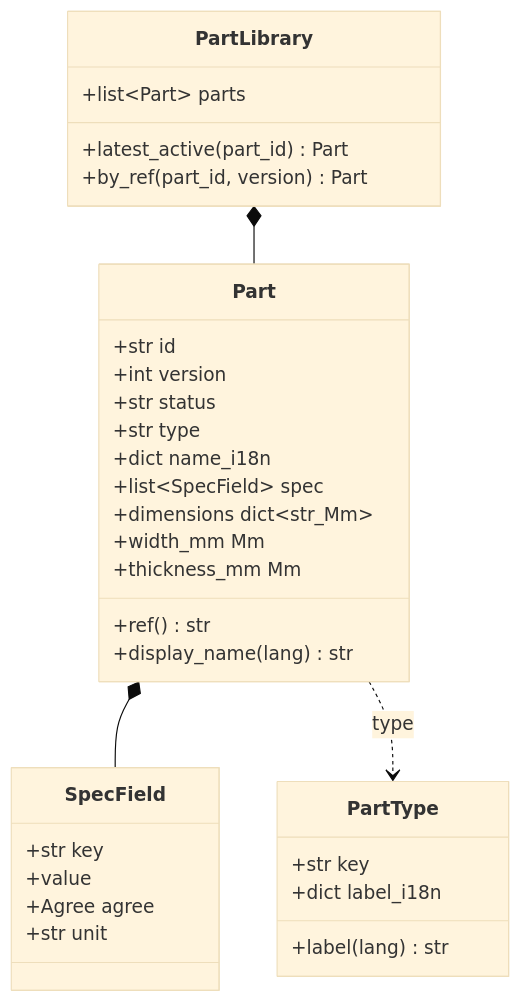
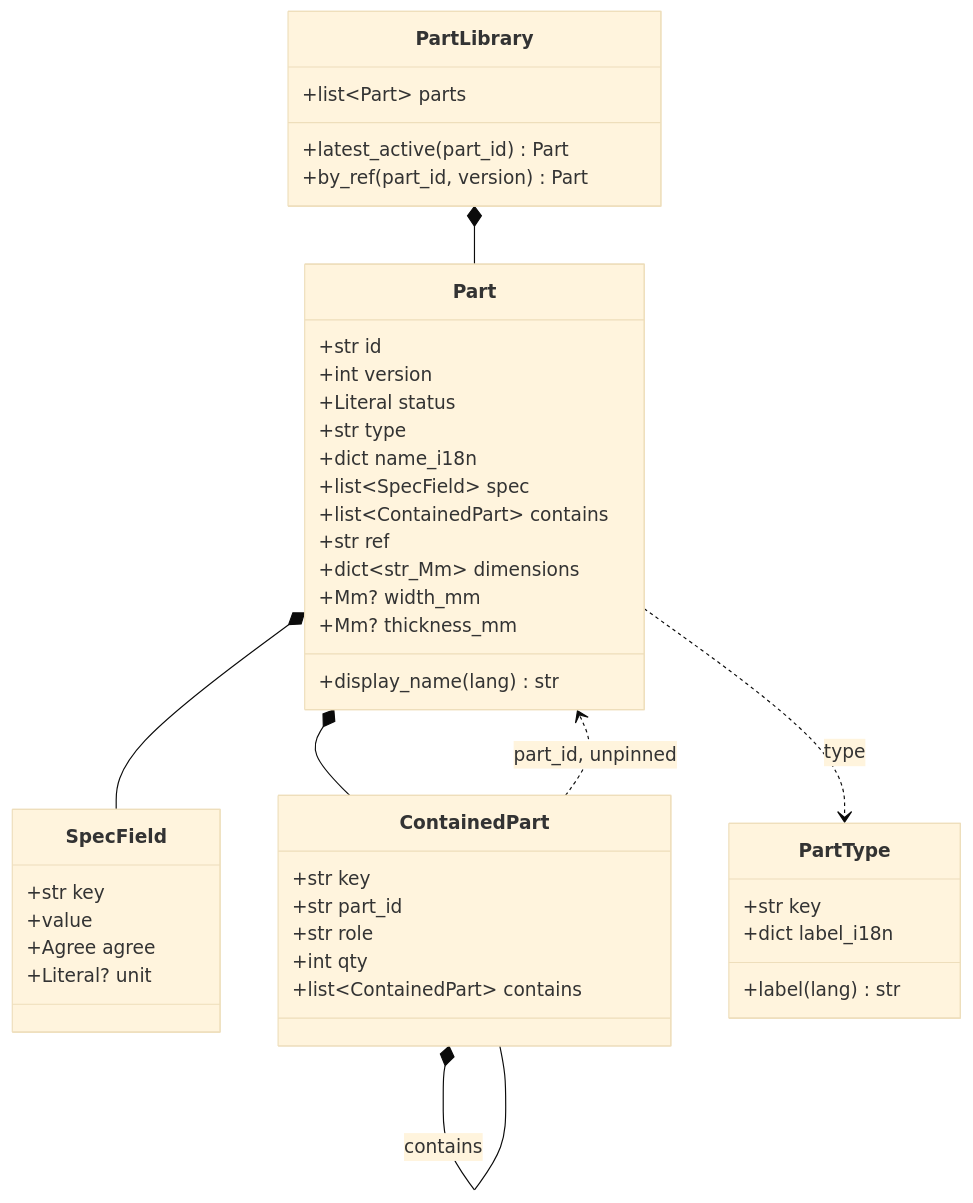
One commit to spicysauce1955-stack/BOM changed the eighth of 27 diagrams in docs/architecture/02-entities.md. Above: the diagram before and after it, drawn with Mermaid (base theme). The commit also changed other lines of this file and 14 other files, not shown here.

````diff
--- a/docs/architecture/02-entities.md
+++ b/docs/architecture/02-entities.md
@@ -409,36 +984,47 @@
 ```mermaid
 classDiagram
     class Part {
         +str id
         +int version
-        +str status
+        +Literal status
         +str type
         +dict name_i18n
         +list~SpecField~ spec
-        +ref() str
+        +list~ContainedPart~ contains
+        +str ref
+        +dict~str_Mm~ dimensions
+        +Mm? width_mm
+        +Mm? thickness_mm
         +display_name(lang) str
-        +dimensions dict~str_Mm~
-        +width_mm Mm
-        +thickness_mm Mm
+    }
+    class SpecField {
+        +str key
+        +value
+        +Agree agree
+        +Literal? unit
+    }
+    class ContainedPart {
+        +str key
+        +str part_id
+        +str role
+        +int qty
+        +list~ContainedPart~ contains
     }
     class PartType {
         +str key
         +dict label_i18n
         +label(lang) str
-    }
-    class SpecField {
-        +str key
-        +value
-        +Agree agree
-        +str unit
     }
     class PartLibrary {
         +list~Part~ parts
         +latest_active(part_id) Part
         +by_ref(part_id, version) Part
     }
 
+    PartLibrary *-- Part
     Part *-- SpecField
-    PartLibrary *-- Part
+    Part *-- ContainedPart
+    ContainedPart *-- ContainedPart : contains
+    ContainedPart ..> Part : part_id, unpinned
     Part ..> PartType : type
 ```
````
